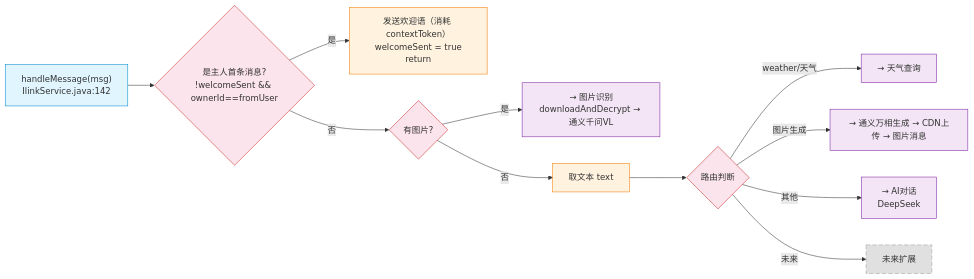
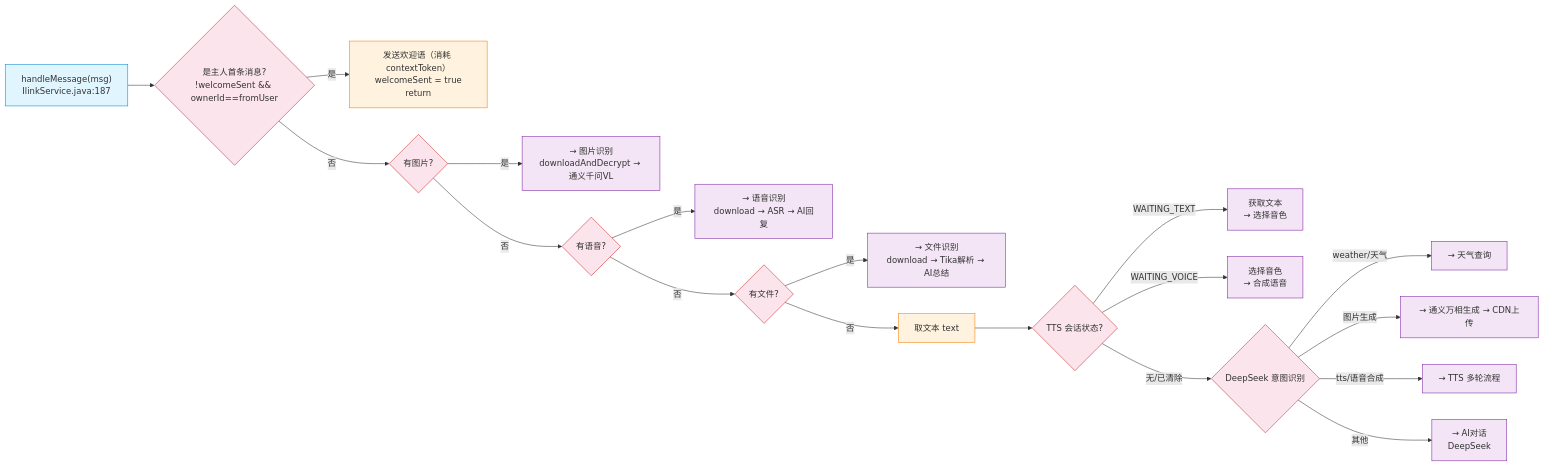
One commit to lys-123-qwe/Agent changed the fourth of 14 diagrams in ilink-flowchart.md. Above: the diagram before and after it, drawn with Mermaid. The commit also changed other lines of this file and 1 other file, not shown here.

Commit message:
完善流程图

````diff
--- a/ilink-flowchart.md
+++ b/ilink-flowchart.md
@@ -100,20 +100,26 @@
 ```mermaid
 flowchart LR
-    H["handleMessage(msg)<br>IlinkService.java:142"]:::entry
+    H["handleMessage(msg)<br>IlinkService.java:187"]:::entry
     H --> W{"是主人首条消息?<br>!welcomeSent && ownerId==fromUser"}:::decision
     W --> |"是"| WS["发送欢迎语（消耗 contextToken）<br>welcomeSent = true<br>return"]:::process
     W --> |"否"| IMG{"有图片?"}:::decision
     IMG --> |"是"| IR["→ 图片识别<br>downloadAndDecrypt → 通义千问VL"]:::external
-    IMG --> |"否"| T["取文本 text"]:::process
-    T --> R{"路由判断"}:::decision
+    IMG --> |"否"| VOICE{"有语音?"}:::decision
+    VOICE --> |"是"| VR["→ 语音识别<br>download → ASR → AI回复"]:::external
+    VOICE --> |"否"| FILE{"有文件?"}:::decision
+    FILE --> |"是"| FR["→ 文件识别<br>download → Tika解析 → AI总结"]:::external
+    FILE --> |"否"| T["取文本 text"]:::process
+    T --> TTS{"TTS 会话状态?"}:::decision
+    TTS --> |"WAITING_TEXT"| TTS1["获取文本<br>→ 选择音色"]:::external
+    TTS --> |"WAITING_VOICE"| TTS2["选择音色<br>→ 合成语音"]:::external
+    TTS --> |"无/已清除"| R{"DeepSeek 意图识别"}:::decision
     R --> |"weather/天气"| WE["→ 天气查询"]:::external
-    R --> |"图片生成"| IG["→ 通义万相生成 → CDN上传 → 图片消息"]:::external
+    R --> |"图片生成"| IG["→ 通义万相生成 → CDN上传"]:::external
+    R --> |"tts/语音合成"| TTSD["→ TTS 多轮流程"]:::external
     R --> |"其他"| AI["→ AI对话<br>DeepSeek"]:::external
-    R --> |"未来"| FT["未来扩展"]:::future
 
     classDef entry fill:#e1f5fe,stroke:#0288d1;
     classDef process fill:#fff3e0,stroke:#f57c00;
     classDef decision fill:#fce4ec,stroke:#c62828;
     classDef external fill:#f3e5f5,stroke:#7b1fa2;
-    classDef future fill:#e0e0e0,stroke:#9e9e9e,stroke-dasharray:8 4;
 ```
````
